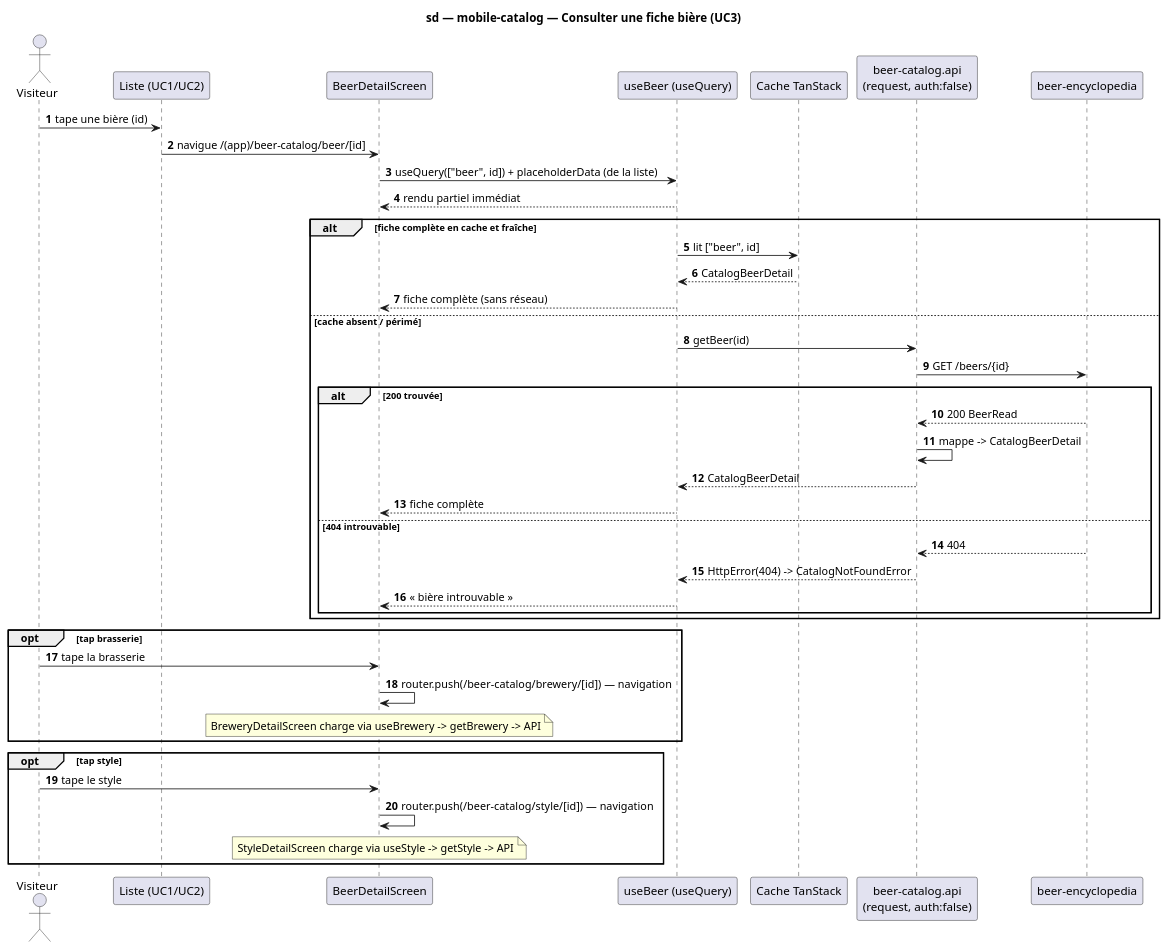
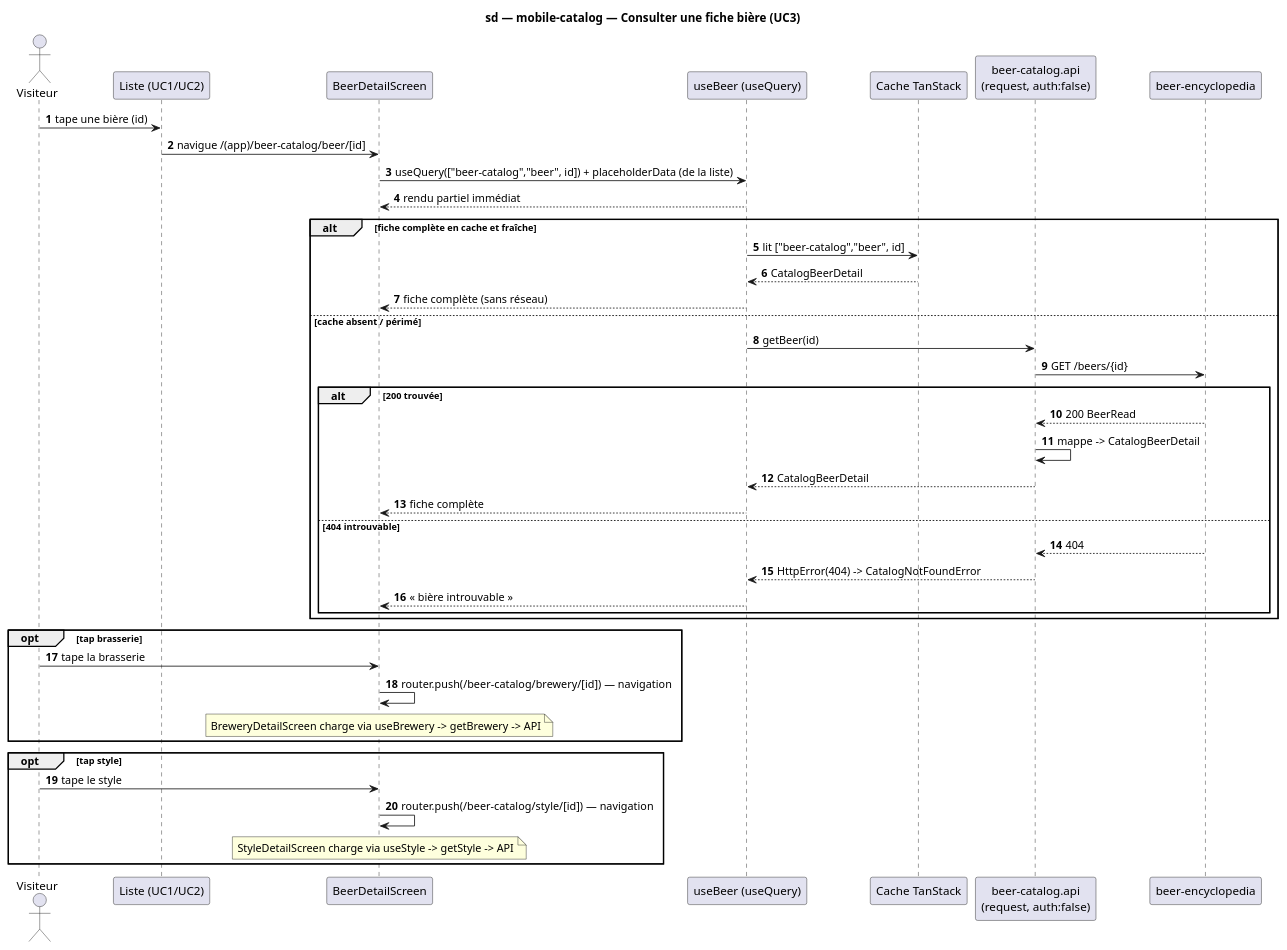
The second of 2 diagrams in docs/architecture/diagrams/mobile-catalog/04-sequence-fiche.md (benoit-bremaud/brasse-bouillon), drawn with PlantUML before and after one commit. The commit also changed other lines of this file and 6 other files, not shown here.

````diff
--- a/docs/architecture/diagrams/mobile-catalog/04-sequence-fiche.md
+++ b/docs/architecture/diagrams/mobile-catalog/04-sequence-fiche.md
@@ -66,47 +66,47 @@
 ```plantuml
 @startuml
 title sd — mobile-catalog — Consulter une fiche bière (UC3)
 autonumber
 actor Visiteur as U
 participant "Liste (UC1/UC2)" as L
 participant "BeerDetailScreen" as FS
 participant "useBeer (useQuery)" as H
 participant "Cache TanStack" as Q
 participant "beer-catalog.api\n(request, auth:false)" as API
 participant "beer-encyclopedia" as E
 
 U -> L : tape une bière (id)
 L -> FS : navigue /(app)/beer-catalog/beer/[id]
-FS -> H : useQuery(["beer", id]) + placeholderData (de la liste)
+FS -> H : useQuery(["beer-catalog","beer", id]) + placeholderData (de la liste)
 H --> FS : rendu partiel immédiat
 alt fiche complète en cache et fraîche
-  H -> Q : lit ["beer", id]
+  H -> Q : lit ["beer-catalog","beer", id]
   Q --> H : CatalogBeerDetail
   H --> FS : fiche complète (sans réseau)
 else cache absent / périmé
   H -> API : getBeer(id)
   API -> E : GET /beers/{id}
   alt 200 trouvée
     E --> API : 200 BeerRead
     API -> API : mappe -> CatalogBeerDetail
     API --> H : CatalogBeerDetail
     H --> FS : fiche complète
   else 404 introuvable
     E --> API : 404
     API --> H : HttpError(404) -> CatalogNotFoundError
     H --> FS : « bière introuvable »
   end
 end
 
 opt tap brasserie
   U -> FS : tape la brasserie
   FS -> FS : router.push(/beer-catalog/brewery/[id]) — navigation
   note over FS : BreweryDetailScreen charge via useBrewery -> getBrewery -> API
 end
 opt tap style
   U -> FS : tape le style
   FS -> FS : router.push(/beer-catalog/style/[id]) — navigation
   note over FS : StyleDetailScreen charge via useStyle -> getStyle -> API
 end
 @enduml
 ```
````
